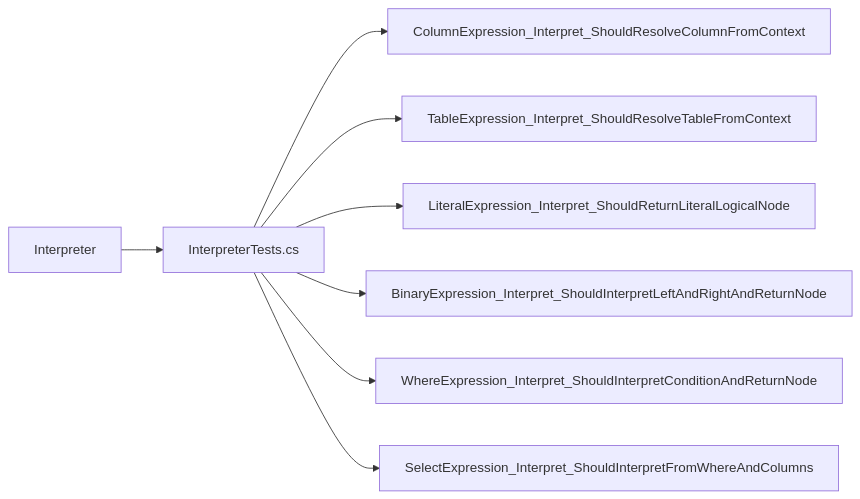
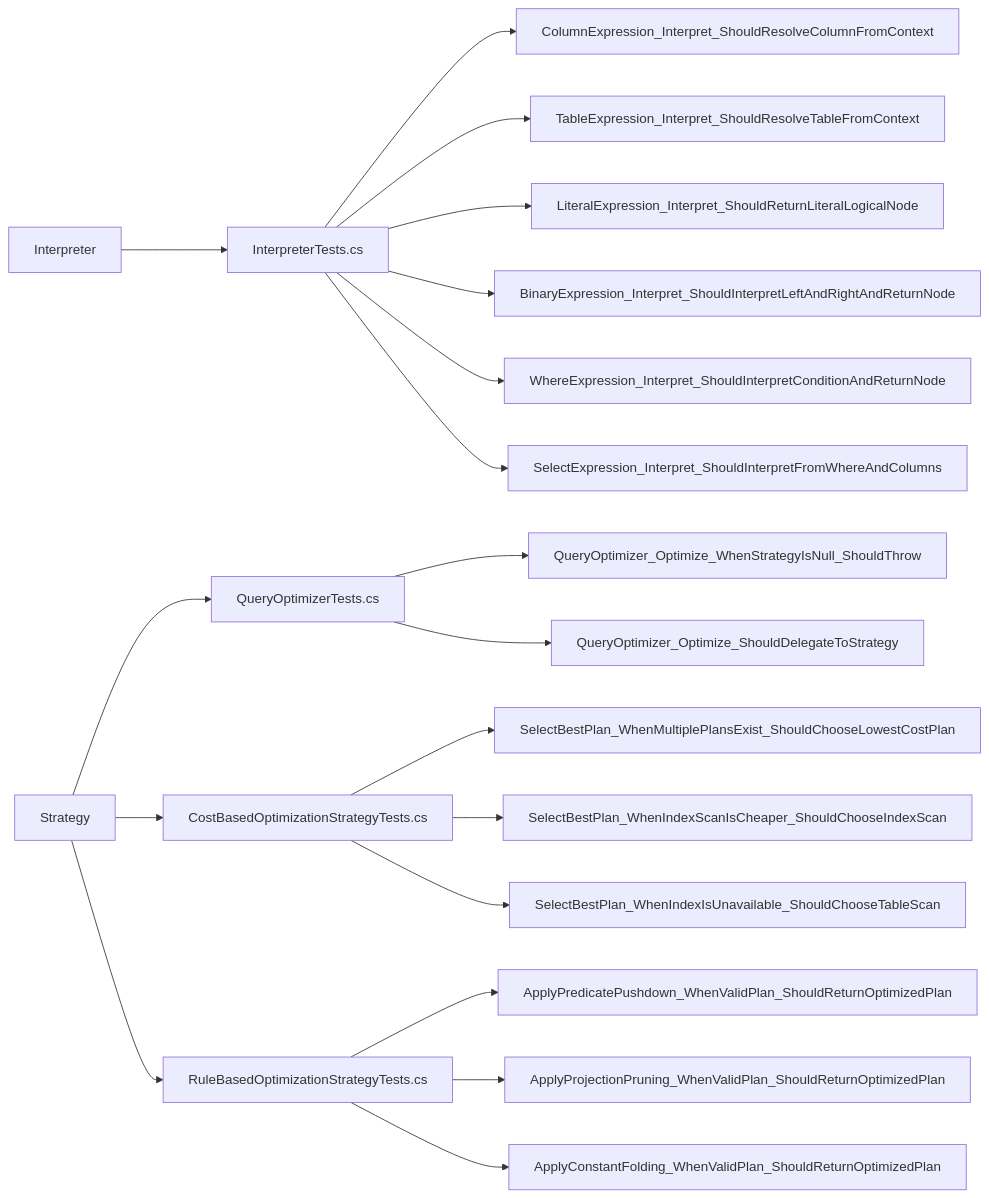
The fourth of 4 diagrams in docs/design-patterns/README.md (manaxpow/DBMS), drawn with Mermaid before and after one commit. The commit also changed other lines of this file and 11 other files, not shown here.

Commit message:
Implement Strategy for Query Optimizer

````diff
--- a/docs/design-patterns/README.md
+++ b/docs/design-patterns/README.md
@@ -459,17 +459,36 @@
 ```mermaid
 flowchart LR
 
     %% =========================================================
     %% Interpreter Files & Methods
     %% =========================================================
     Interpreter["Interpreter"]
     
     Interpreter --> Int_IT["InterpreterTests.cs"]
     Int_IT --> Int_IT_1["ColumnExpression_Interpret_ShouldResolveColumnFromContext"]
     Int_IT --> Int_IT_2["TableExpression_Interpret_ShouldResolveTableFromContext"]
     Int_IT --> Int_IT_3["LiteralExpression_Interpret_ShouldReturnLiteralLogicalNode"]
     Int_IT --> Int_IT_4["BinaryExpression_Interpret_ShouldInterpretLeftAndRightAndReturnNode"]
     Int_IT --> Int_IT_5["WhereExpression_Interpret_ShouldInterpretConditionAndReturnNode"]
     Int_IT --> Int_IT_6["SelectExpression_Interpret_ShouldInterpretFromWhereAndColumns"]
 
+    %% =========================================================
+    %% Strategy Files & Methods
+    %% =========================================================
+    Strategy["Strategy"]
+    
+    Strategy --> Str_QO["QueryOptimizerTests.cs"]
+    Str_QO --> Str_QO_1["QueryOptimizer_Optimize_WhenStrategyIsNull_ShouldThrow"]
+    Str_QO --> Str_QO_2["QueryOptimizer_Optimize_ShouldDelegateToStrategy"]
+
+    Strategy --> Str_CB["CostBasedOptimizationStrategyTests.cs"]
+    Str_CB --> Str_CB_1["SelectBestPlan_WhenMultiplePlansExist_ShouldChooseLowestCostPlan"]
+    Str_CB --> Str_CB_2["SelectBestPlan_WhenIndexScanIsCheaper_ShouldChooseIndexScan"]
+    Str_CB --> Str_CB_3["SelectBestPlan_WhenIndexIsUnavailable_ShouldChooseTableScan"]
+
+    Strategy --> Str_RB["RuleBasedOptimizationStrategyTests.cs"]
+    Str_RB --> Str_RB_1["ApplyPredicatePushdown_WhenValidPlan_ShouldReturnOptimizedPlan"]
+    Str_RB --> Str_RB_2["ApplyProjectionPruning_WhenValidPlan_ShouldReturnOptimizedPlan"]
+    Str_RB --> Str_RB_3["ApplyConstantFolding_WhenValidPlan_ShouldReturnOptimizedPlan"]
+
 ```
````
